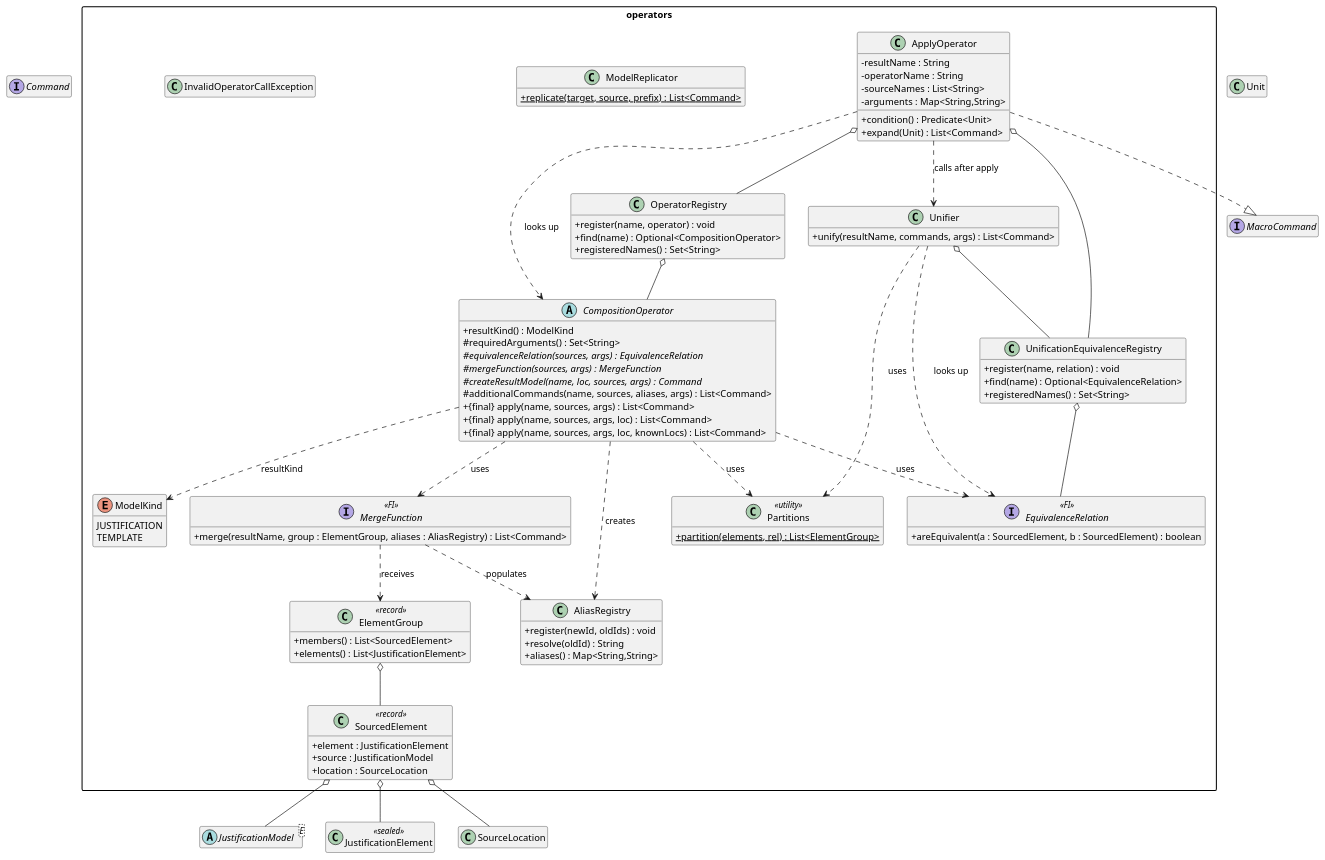
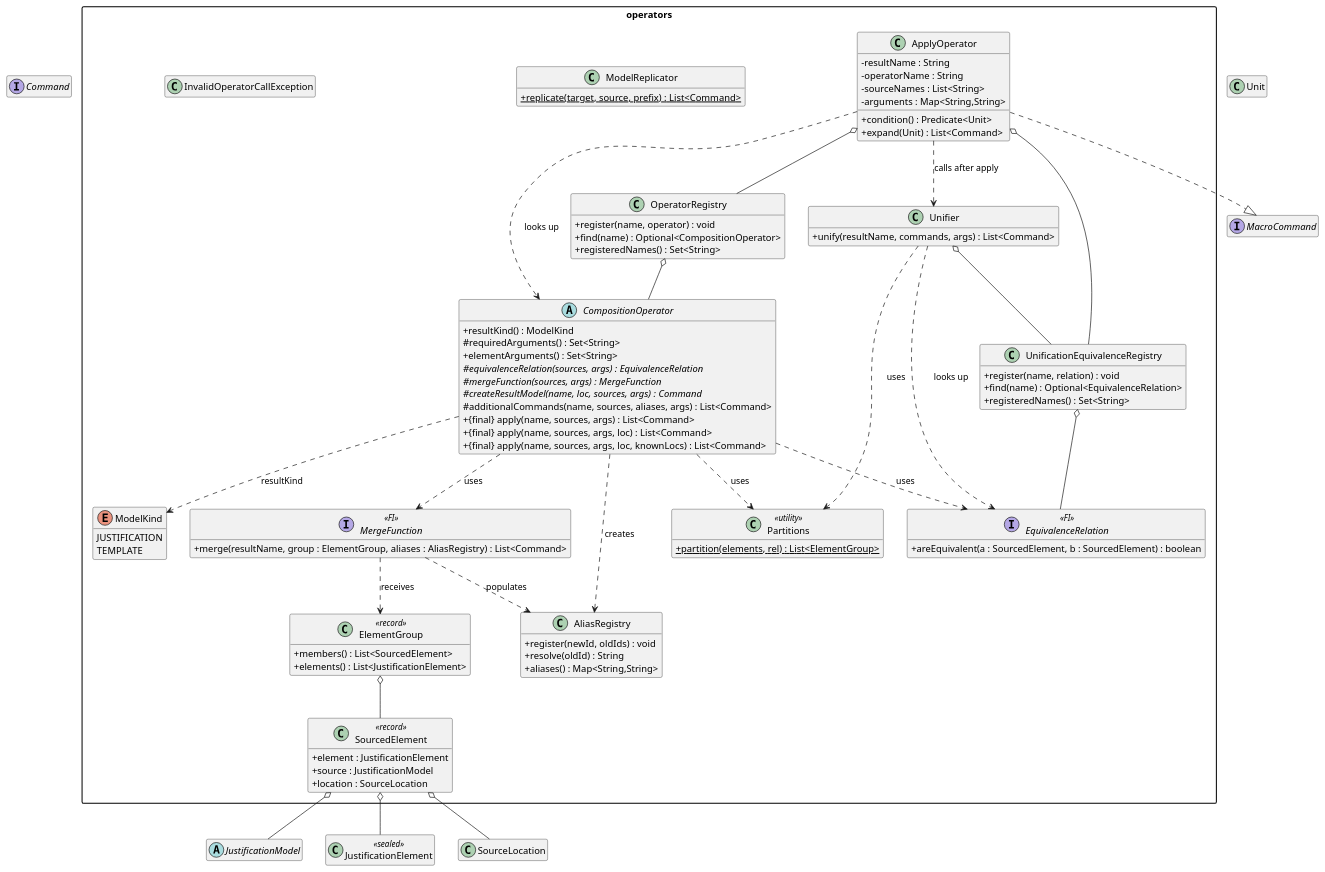
One commit to jpipe-mcscert/jpipe-compiler changed the first of 3 diagrams in docs/design/operators.md. Above: the diagram before and after it, drawn with PlantUML. The commit also changed other lines of this file and 58 other files, not shown here.

```diff
--- a/docs/design/operators.md
+++ b/docs/design/operators.md
@@ -122,7 +122,7 @@
 interface Command
 interface MacroCommand
 class Unit
-abstract class JustificationModel<E>
+abstract class JustificationModel
 class JustificationElement <<sealed>>
 class SourceLocation
 
@@ -131,6 +131,7 @@
   abstract class CompositionOperator {
     + resultKind() : ModelKind
     # requiredArguments() : Set<String>
+    + elementArguments() : Set<String>
     # {abstract} equivalenceRelation(sources, args) : EquivalenceRelation
     # {abstract} mergeFunction(sources, args) : MergeFunction
     # {abstract} createResultModel(name, loc, sources, args) : Command
```
